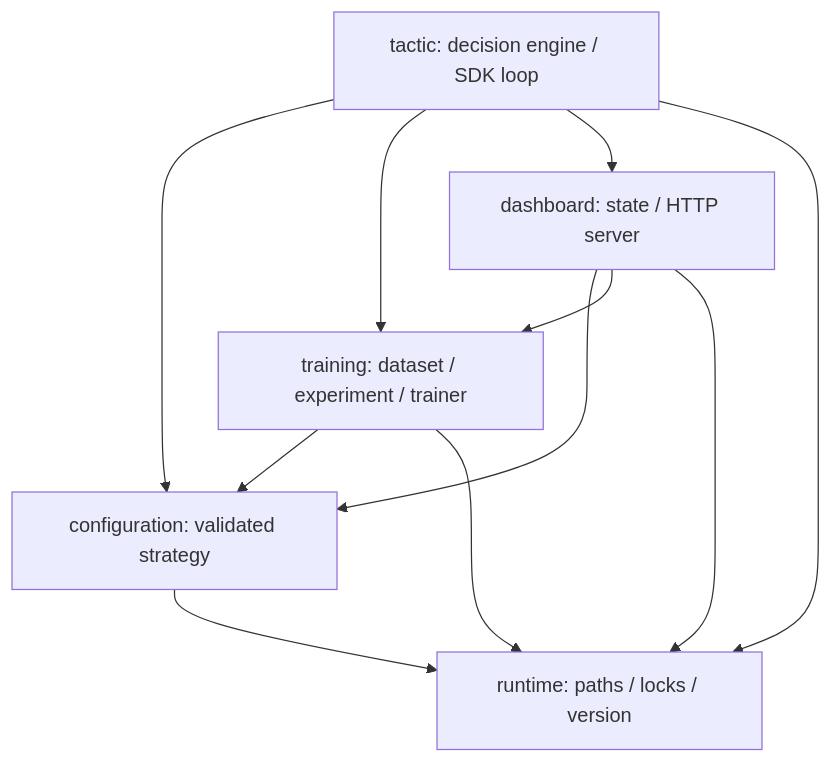
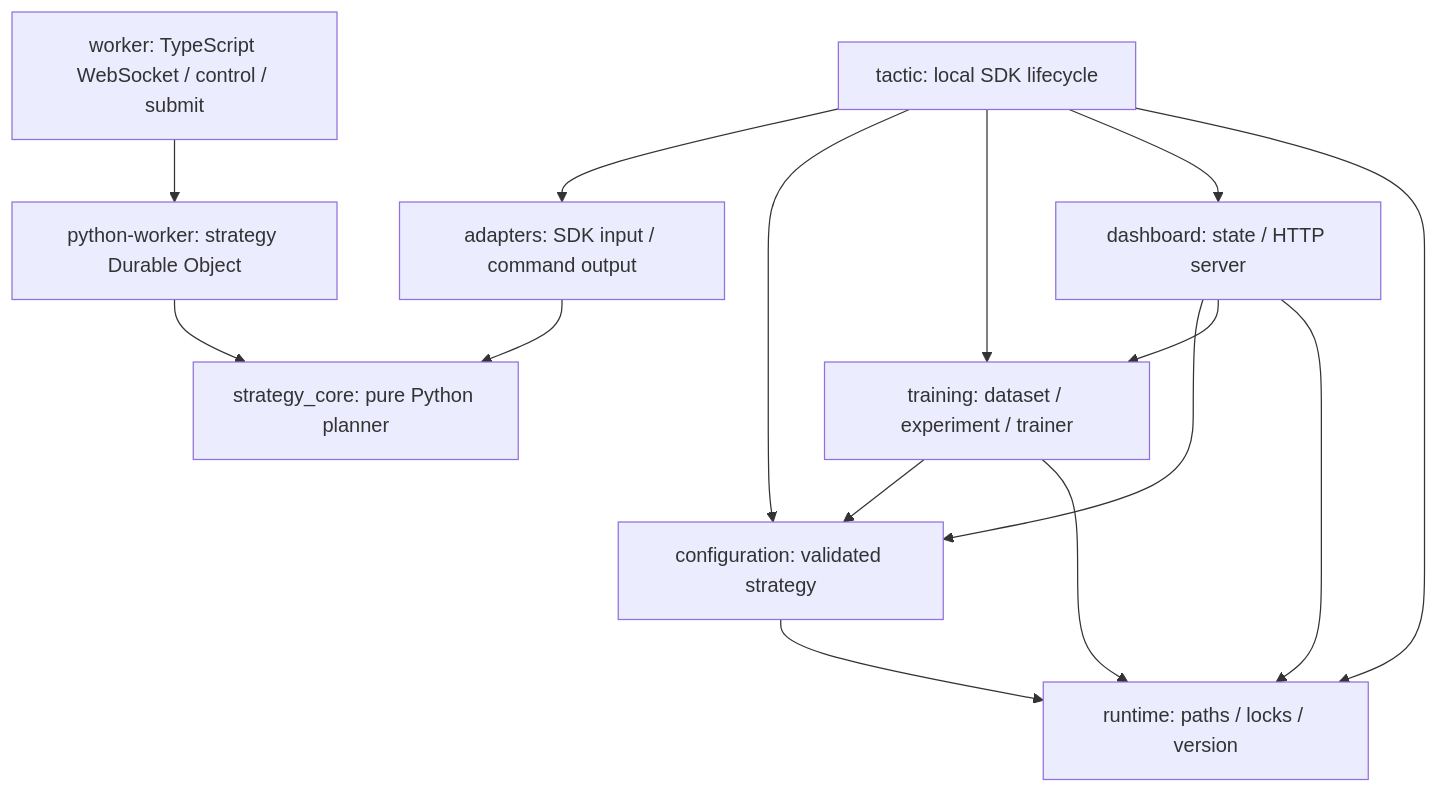
The diagram in docs/PROJECT_STRUCTURE.md (HySand/arena-hero-balanced-tactic), drawn with Mermaid before and after one commit. The commit also changed other lines of this file and 57 other files, not shown here.

Commit message:
feat: share Python strategy with Cloudflare Worker

````diff
--- a/docs/PROJECT_STRUCTURE.md
+++ b/docs/PROJECT_STRUCTURE.md
@@ -5,19 +5,27 @@
 ```mermaid
 graph TD
     R["runtime: paths / locks / version"]
     C["configuration: validated strategy"]
     T["training: dataset / experiment / trainer"]
     D["dashboard: state / HTTP server"]
-    E["tactic: decision engine / SDK loop"]
+    S["strategy_core: pure Python planner"]
+    A["adapters: SDK input / command output"]
+    E["tactic: local SDK lifecycle"]
+    PW["python-worker: strategy Durable Object"]
+    W["worker: TypeScript WebSocket / control / submit"]
 
     C --> R
     T --> C
     T --> R
     D --> C
     D --> T
     D --> R
+    A --> S
+    E --> A
     E --> C
     E --> T
     E --> D
     E --> R
+    PW --> S
+    W --> PW
 ```
````
